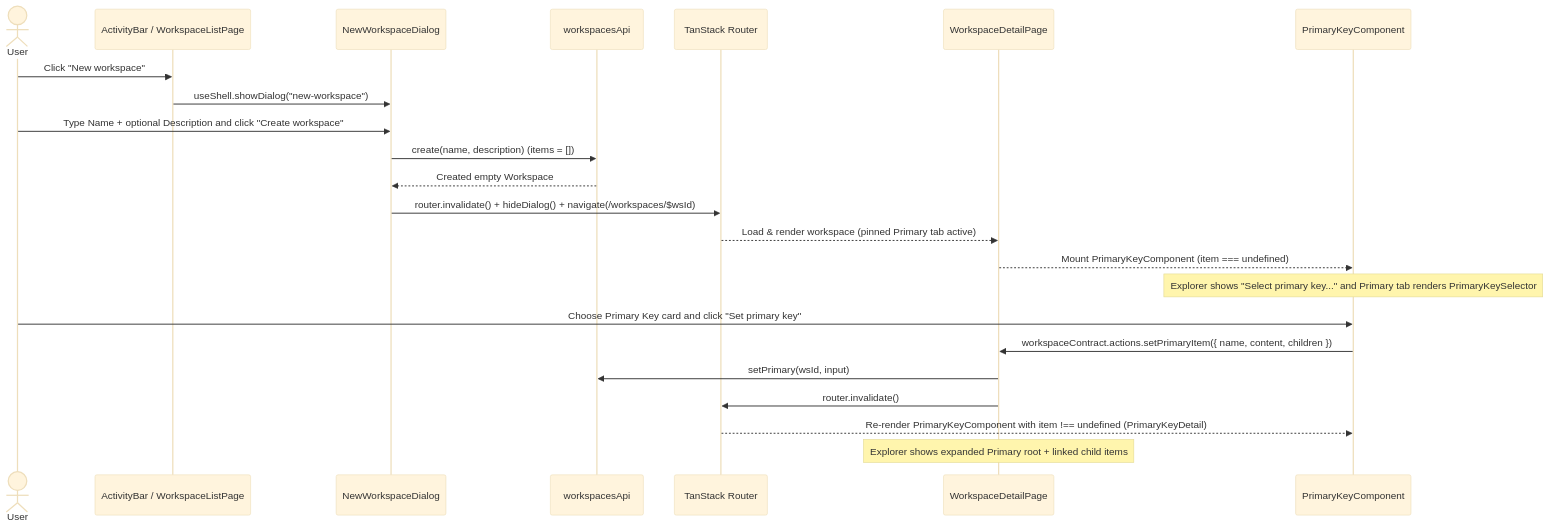
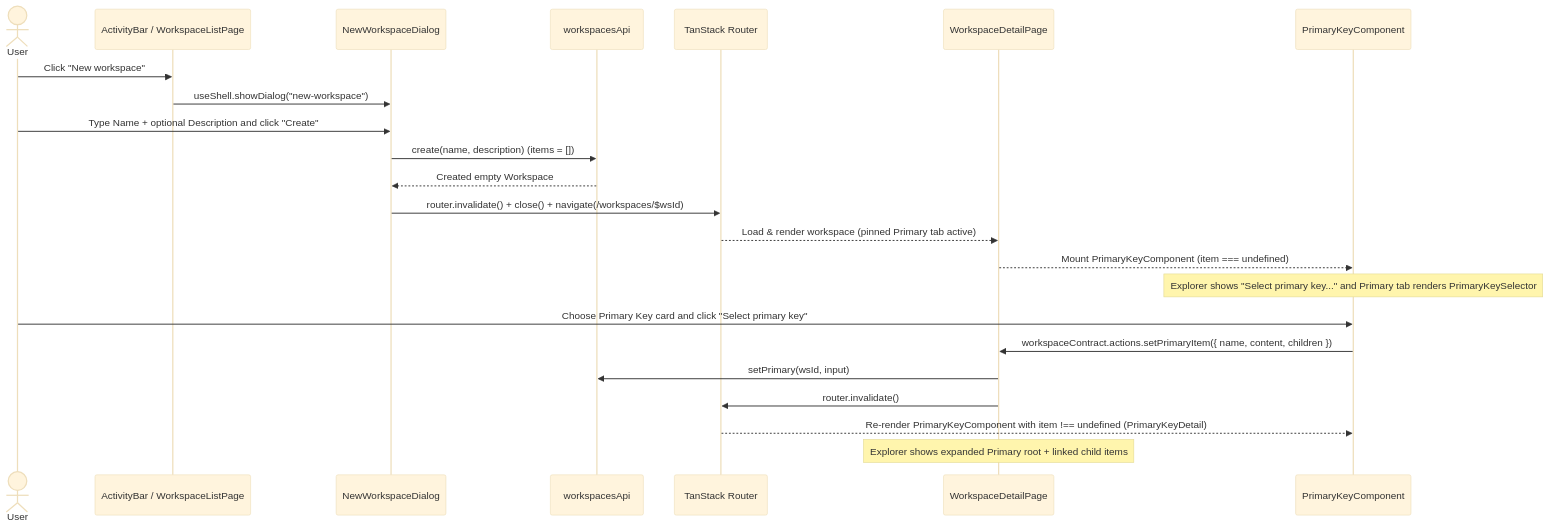
Before and after one commit to ppongtong/ide-shell: the ninth of 12 diagrams in docs/DESIGN.md, drawn with Mermaid (base theme). The commit also changed other lines of this file and 16 other files, not shown here.

Commit message:
Expose primaryItem on workspace contract, preserve root folders in Explorer, and memoize openItems

````diff
--- a/docs/DESIGN.md
+++ b/docs/DESIGN.md
@@ -441,27 +446,27 @@
 ```mermaid
 sequenceDiagram
     actor User
     participant Bar as ActivityBar / WorkspaceListPage
     participant Dialog as NewWorkspaceDialog
     participant API as workspacesApi
     participant Router as TanStack Router
     participant DetailPage as WorkspaceDetailPage
     participant Primary as PrimaryKeyComponent
 
     User->>Bar: Click "New workspace"
     Bar->>Dialog: useShell.showDialog("new-workspace")
-    User->>Dialog: Type Name + optional Description and click "Create workspace"
+    User->>Dialog: Type Name + optional Description and click "Create"
     Dialog->>API: create(name, description) (items = [])
     API-->>Dialog: Created empty Workspace
-    Dialog->>Router: router.invalidate() + hideDialog() + navigate(/workspaces/$wsId)
+    Dialog->>Router: router.invalidate() + close() + navigate(/workspaces/$wsId)
     Router-->>DetailPage: Load & render workspace (pinned Primary tab active)
     DetailPage-->>Primary: Mount PrimaryKeyComponent (item === undefined)
     Note over Primary: Explorer shows "Select primary key..." and Primary tab renders PrimaryKeySelector
 
-    User->>Primary: Choose Primary Key card and click "Set primary key"
+    User->>Primary: Choose Primary Key card and click "Select primary key"
     Primary->>DetailPage: workspaceContract.actions.setPrimaryItem({ name, content, children })
     DetailPage->>API: setPrimary(wsId, input)
     DetailPage->>Router: router.invalidate()
     Router-->>Primary: Re-render PrimaryKeyComponent with item !== undefined (PrimaryKeyDetail)
     Note over DetailPage: Explorer shows expanded Primary root + linked child items
 ```
````
